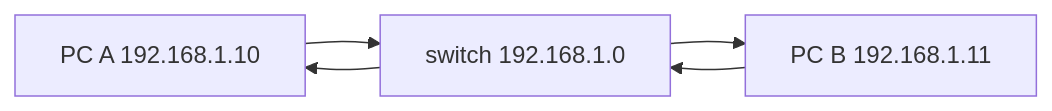
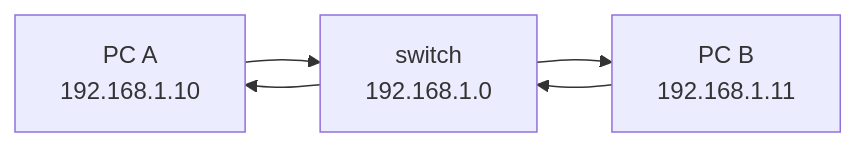
Before and after one commit to module-formation/formation-Deep-MLOps: the fourth of 13 diagrams in docs/devops/network.md, drawn with Mermaid. The commit also changed other lines of this file, not shown here.

````diff
--- a/docs/devops/network.md
+++ b/docs/devops/network.md
@@ -72,7 +72,7 @@
 ``` mermaid
 graph LR
-  A[PC A 192.168.1.10] --> C[switch];
-  B[PC B 192.168.1.11] --> C[switch];
-  C[switch 192.168.1.0] --> B[PC B 192.168.1.11];
-  C[switch 192.168.1.0] --> A[PC A 192.168.1.10];
+  A[PC A <br/> 192.168.1.10] --> C[switch <br/> 192.168.1.0];
+  B[PC B <br/> 192.168.1.11] --> C[switch <br/> 192.168.1.0];
+  C[switch <br/> 192.168.1.0] --> B[PC B <br/> 192.168.1.11];
+  C[switch <br/> 192.168.1.0] --> A[PC A <br/> 192.168.1.10];
 ```
````
